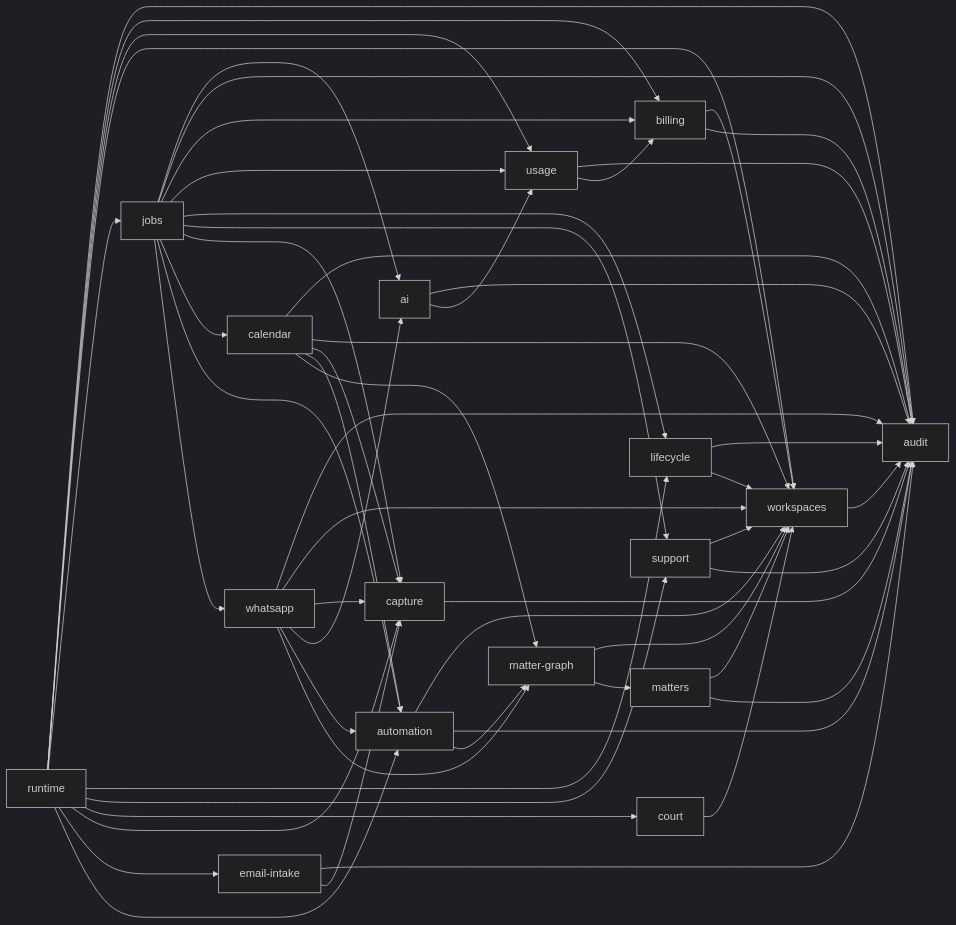
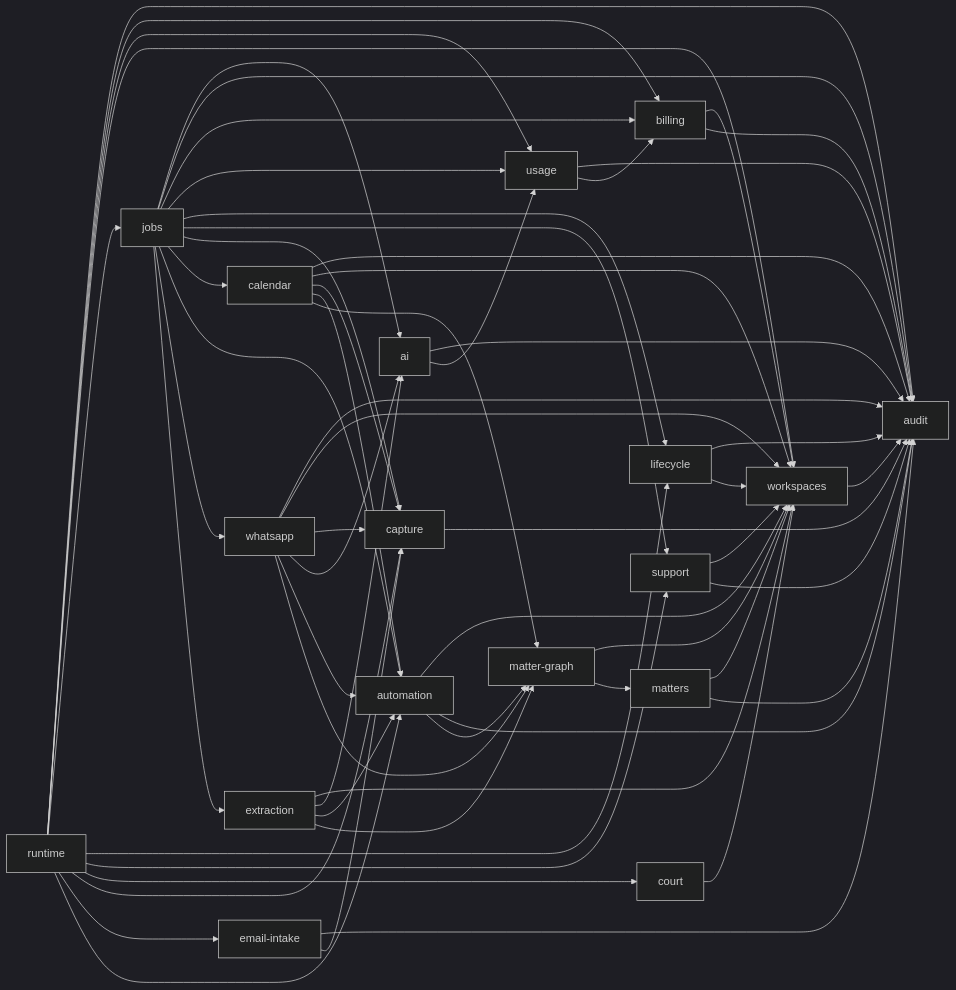
Before and after one commit to RapierCraftStudios/causedeck: the diagram in docs/engineering/core-domains.md, drawn with Mermaid (dark theme). The commit also changed other lines of this file and 46 other files, not shown here.

````diff
--- a/docs/engineering/core-domains.md
+++ b/docs/engineering/core-domains.md
@@ -64,57 +65,62 @@
 ```mermaid
 graph LR
   workspaces --> audit
   matters --> workspaces
   matters --> audit
   court --> workspaces
   matter-graph --> workspaces
   matter-graph --> matters
   automation --> workspaces
   automation --> audit
   automation --> matter-graph
   billing --> workspaces
   billing --> audit
   usage --> audit
   usage --> billing
   ai --> audit
   ai --> usage
   lifecycle --> audit
   lifecycle --> workspaces
   support --> workspaces
   support --> audit
   capture --> audit
   email-intake --> audit
   email-intake --> capture
   jobs --> ai
   jobs --> audit
   jobs --> billing
   jobs --> usage
   jobs --> lifecycle
   jobs --> support
   jobs --> capture
   jobs --> calendar
   jobs --> automation
   jobs --> whatsapp
+  jobs --> extraction
   calendar --> audit
   calendar --> workspaces
   calendar --> capture
   calendar --> automation
   calendar --> matter-graph
   whatsapp --> audit
   whatsapp --> workspaces
   whatsapp --> capture
   whatsapp --> ai
   whatsapp --> automation
   whatsapp --> matter-graph
+  extraction --> workspaces
+  extraction --> ai
+  extraction --> automation
+  extraction --> matter-graph
   runtime --> audit
   runtime --> billing
   runtime --> usage
   runtime --> workspaces
   runtime --> jobs
   runtime --> lifecycle
   runtime --> support
   runtime --> court
   runtime --> capture
   runtime --> email-intake
   runtime --> automation
 ```
````
